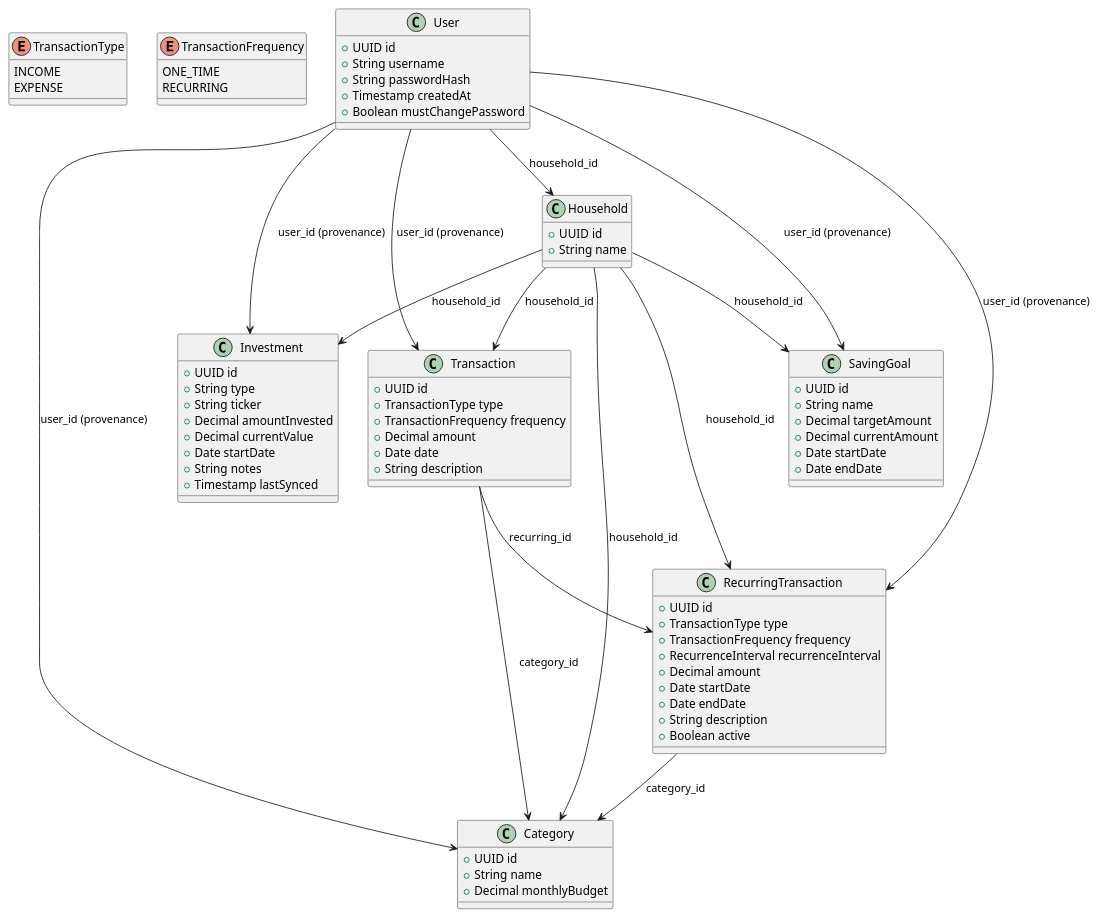
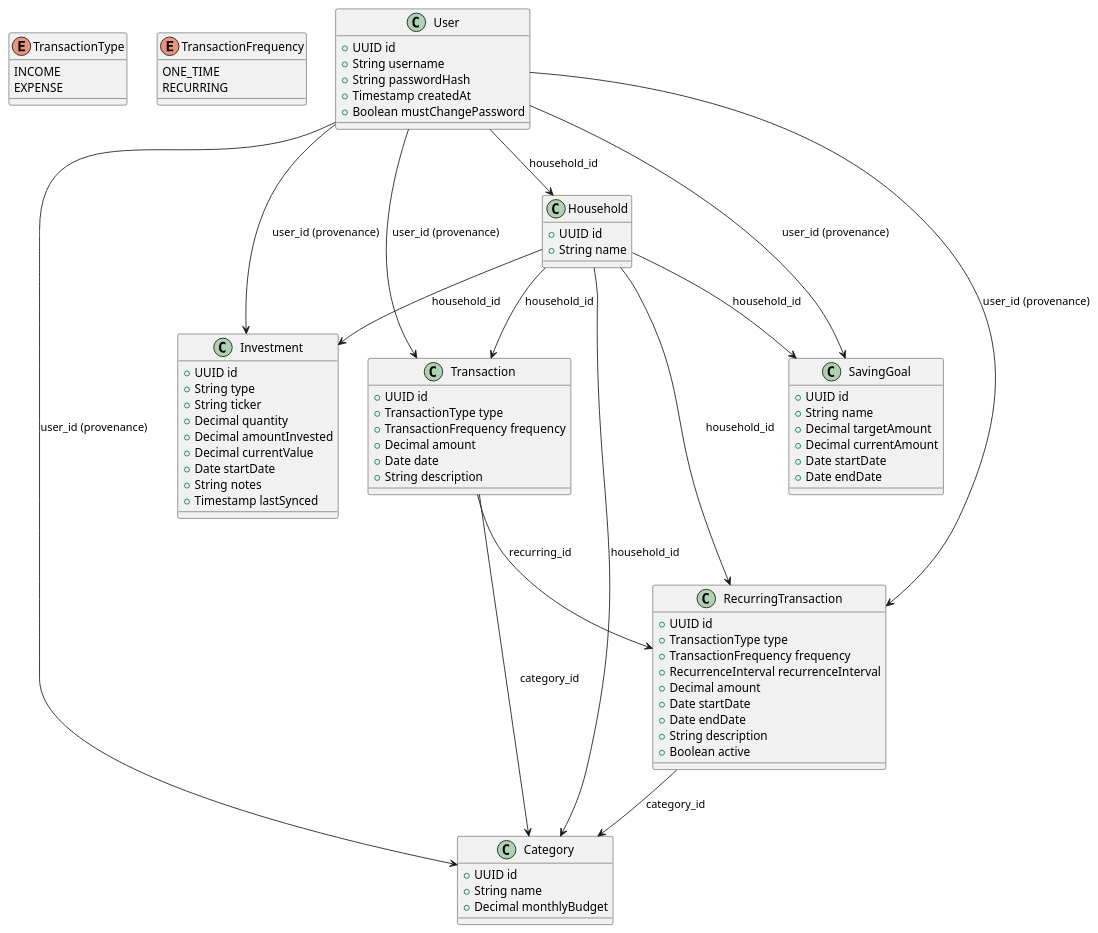
Before and after one commit to 1191830/myfinance: the diagram in docs/DomainModel/DomainModel.puml, drawn with PlantUML. The commit also changed 19 other files, not shown here.

```diff
--- a/docs/DomainModel/DomainModel.puml
+++ b/docs/DomainModel/DomainModel.puml
@@ -1,97 +1,98 @@
 @startuml
 
 ' Define Enums
 enum TransactionType {
   INCOME
   EXPENSE
 }
 
 enum TransactionFrequency {
   ONE_TIME
   RECURRING
 }
 
 ' Define Classes
 class Household {
   +UUID id
   +String name
 }
 
 class User {
   +UUID id
   +String username
   +String passwordHash
   +Timestamp createdAt
   +Boolean mustChangePassword
 }
 
 class Transaction {
   +UUID id
   +TransactionType type
   +TransactionFrequency frequency
   +Decimal amount
   +Date date
   +String description
 }
 
 class RecurringTransaction {
   +UUID id
   +TransactionType type
   +TransactionFrequency frequency
   +RecurrenceInterval recurrenceInterval
   +Decimal amount
   +Date startDate
   +Date endDate
   +String description
   +Boolean active
 }
 
 class Category {
   +UUID id
   +String name
   +Decimal monthlyBudget
 }
 
 class Investment {
   +UUID id
   +String type
   +String ticker
+  +Decimal quantity
   +Decimal amountInvested
   +Decimal currentValue
   +Date startDate
   +String notes
   +Timestamp lastSynced
 }
 
 class SavingGoal {
   +UUID id
   +String name
   +Decimal targetAmount
   +Decimal currentAmount
   +Date startDate
   +Date endDate
 }
 
 ' Relationships
 Transaction --> RecurringTransaction : recurring_id
 Transaction --> Category : category_id
 RecurringTransaction --> Category : category_id
 
 ' Every user belongs to exactly one household; shared resources are scoped by household,
 ' not by the individual user - anyone in a household can see and edit anything in it.
 ' user_id stays on each row as provenance (who added it) but isn't the authorization key.
 User --> Household : household_id
 Household --> Transaction : household_id
 Household --> RecurringTransaction : household_id
 Household --> Category : household_id
 Household --> Investment : household_id
 Household --> SavingGoal : household_id
 
 ' Settings is the one exception - it stays personal to each user, not shared.
 User --> Transaction : user_id (provenance)
 User --> RecurringTransaction : user_id (provenance)
 User --> Category : user_id (provenance)
 User --> Investment : user_id (provenance)
 User --> SavingGoal : user_id (provenance)
 
 @enduml
```
